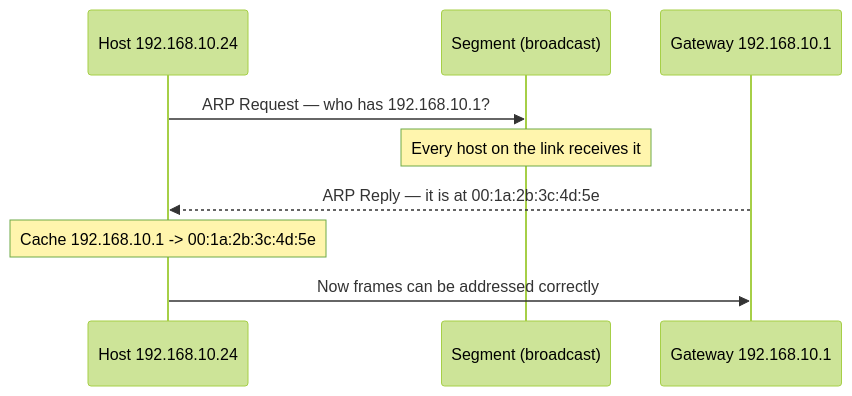
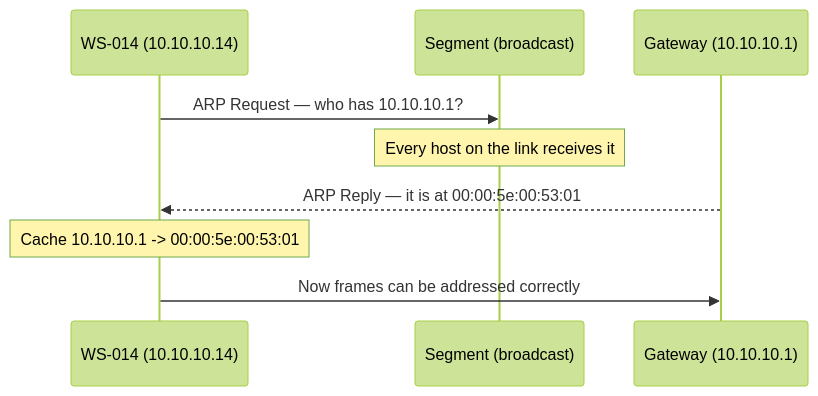
Before and after one commit to nnr-root/cybersec-crook2root-notes: the first of 2 diagrams in Networking/Switching & the Link Layer/ARP & Neighbor Discovery.md, drawn with Mermaid (forest theme). The commit also changed other lines of this file and 5 other files, not shown here.

````diff
--- a/Networking/Switching & the Link Layer/ARP & Neighbor Discovery.md
+++ b/Networking/Switching & the Link Layer/ARP & Neighbor Discovery.md
@@ -34,11 +34,11 @@
 ```mermaid
 sequenceDiagram
-    participant A as Host 192.168.10.24
+    participant A as WS-014 (10.10.10.14)
     participant Seg as Segment (broadcast)
-    participant G as Gateway 192.168.10.1
-    A->>Seg: ARP Request — who has 192.168.10.1?
+    participant G as Gateway (10.10.10.1)
+    A->>Seg: ARP Request — who has 10.10.10.1?
     Note over Seg: Every host on the link receives it
-    G-->>A: ARP Reply — it is at 00:1a:2b:3c:4d:5e
-    Note over A: Cache 192.168.10.1 -> 00:1a:2b:3c:4d:5e
+    G-->>A: ARP Reply — it is at 00:00:5e:00:53:01
+    Note over A: Cache 10.10.10.1 -> 00:00:5e:00:53:01
     A->>G: Now frames can be addressed correctly
 ```
````
